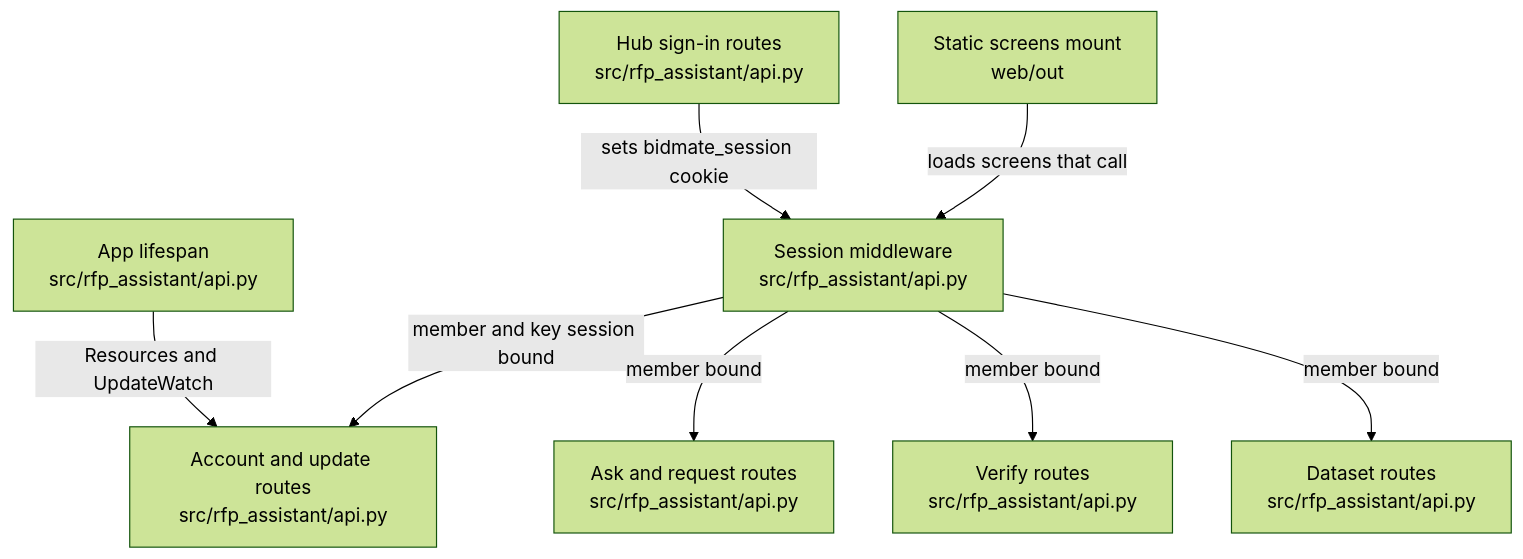
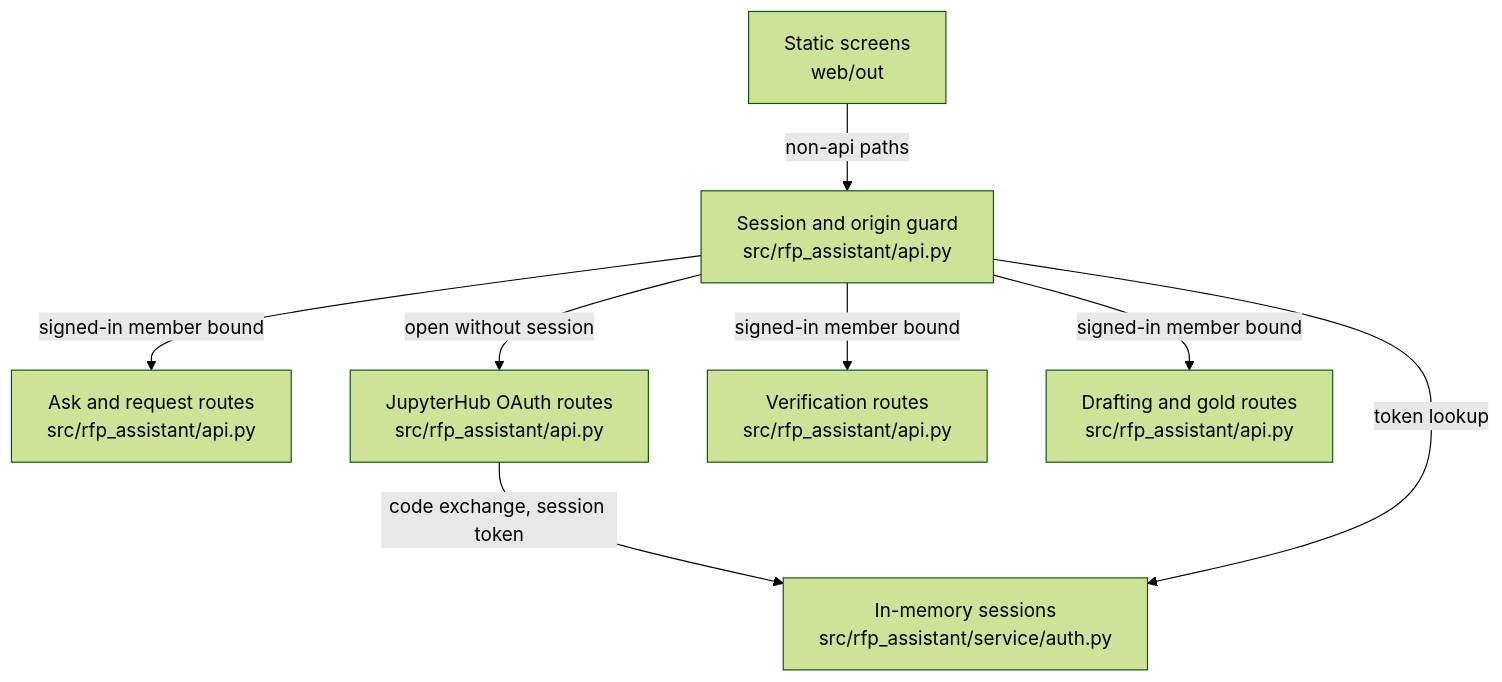
The diagram in .omm/overall-architecture/http-api/diagram.mmd (littleeeeebit/project-codeit-mid), drawn with Mermaid (forest theme) before and after one commit. The commit also changed 384 other files, not shown here.

```diff
--- a/.omm/overall-architecture/http-api/diagram.mmd
+++ b/.omm/overall-architecture/http-api/diagram.mmd
@@ -1,16 +1,8 @@
 graph TD
-  lifespan["App lifespan\nsrc/rfp_assistant/api.py"]
-  session-middleware["Session middleware\nsrc/rfp_assistant/api.py"]
-  auth-routes["Hub sign-in routes\nsrc/rfp_assistant/api.py"]
-  account-routes["Account and update routes\nsrc/rfp_assistant/api.py"]
-  ask-routes["Ask and request routes\nsrc/rfp_assistant/api.py"]
-  verify-routes["Verify routes\nsrc/rfp_assistant/api.py"]
-  dataset-routes["Dataset routes\nsrc/rfp_assistant/api.py"]
-  static-export["Static screens mount\nweb/out"]
-  lifespan -->|Resources and UpdateWatch| account-routes
-  auth-routes -->|sets bidmate_session cookie| session-middleware
-  session-middleware -->|member and key session bound| account-routes
-  session-middleware -->|member bound| ask-routes
-  session-middleware -->|member bound| verify-routes
-  session-middleware -->|member bound| dataset-routes
-  static-export -->|loads screens that call| session-middleware
+  session-middleware["Session and origin guard\nsrc/rfp_assistant/api.py"] -->|signed-in member bound| ask-routes["Ask and request routes\nsrc/rfp_assistant/api.py"]
+  session-middleware -->|open without session| sign-in-routes["JupyterHub OAuth routes\nsrc/rfp_assistant/api.py"]
+  session-middleware -->|signed-in member bound| verify-routes["Verification routes\nsrc/rfp_assistant/api.py"]
+  session-middleware -->|signed-in member bound| dataset-routes["Drafting and gold routes\nsrc/rfp_assistant/api.py"]
+  sign-in-routes -->|code exchange, session token| login-store["In-memory sessions\nsrc/rfp_assistant/service/auth.py"]
+  session-middleware -->|token lookup| login-store
+  static-mount["Static screens\nweb/out"] -->|non-api paths| session-middleware
```
